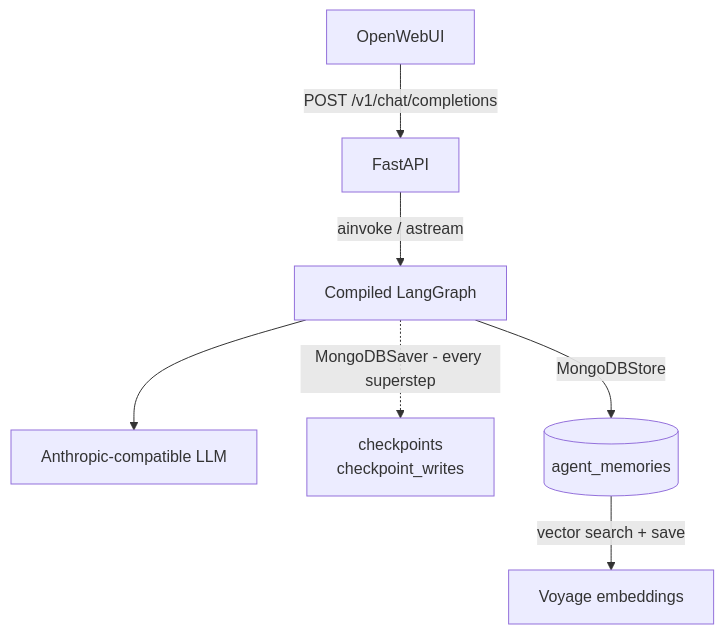
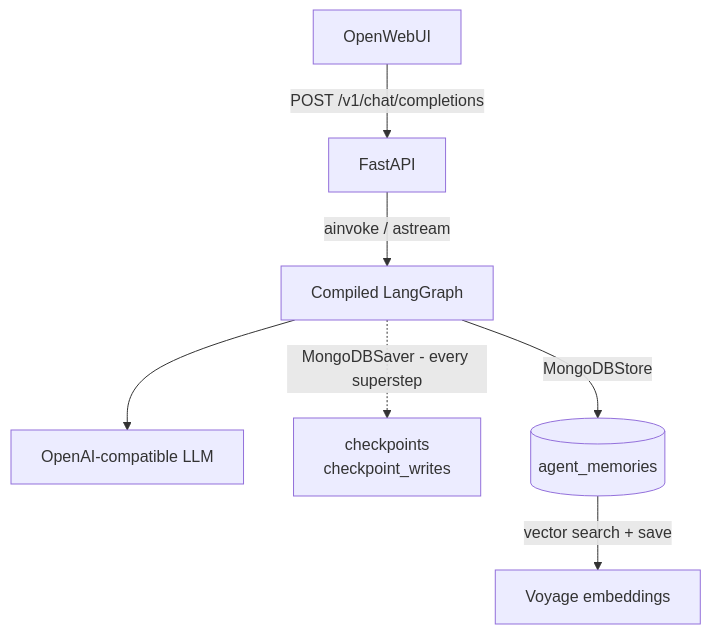
One commit to newellbrandon/pensive-langchain changed the first of 2 diagrams in README.md. Above: the diagram before and after it, drawn with Mermaid. The commit also changed other lines of this file and 4 other files, not shown here.

````diff
--- a/README.md
+++ b/README.md
@@ -16,9 +16,9 @@
 ```mermaid
 flowchart TD
   owui[OpenWebUI] -->|POST /v1/chat/completions| api[FastAPI]
   api -->|"ainvoke / astream"| lgWorkflow[Compiled LangGraph]
-  lgWorkflow --> llm[Anthropic-compatible LLM]
+  lgWorkflow --> llm[OpenAI-compatible LLM]
   lgWorkflow -.->|"MongoDBSaver - every superstep"| mongoCP["checkpoints<br/>checkpoint_writes"]
   lgWorkflow -->|MongoDBStore| mongoStore[(agent_memories)]
   mongoStore -->|"vector search + save"| embed[Voyage embeddings]
 ```
````
